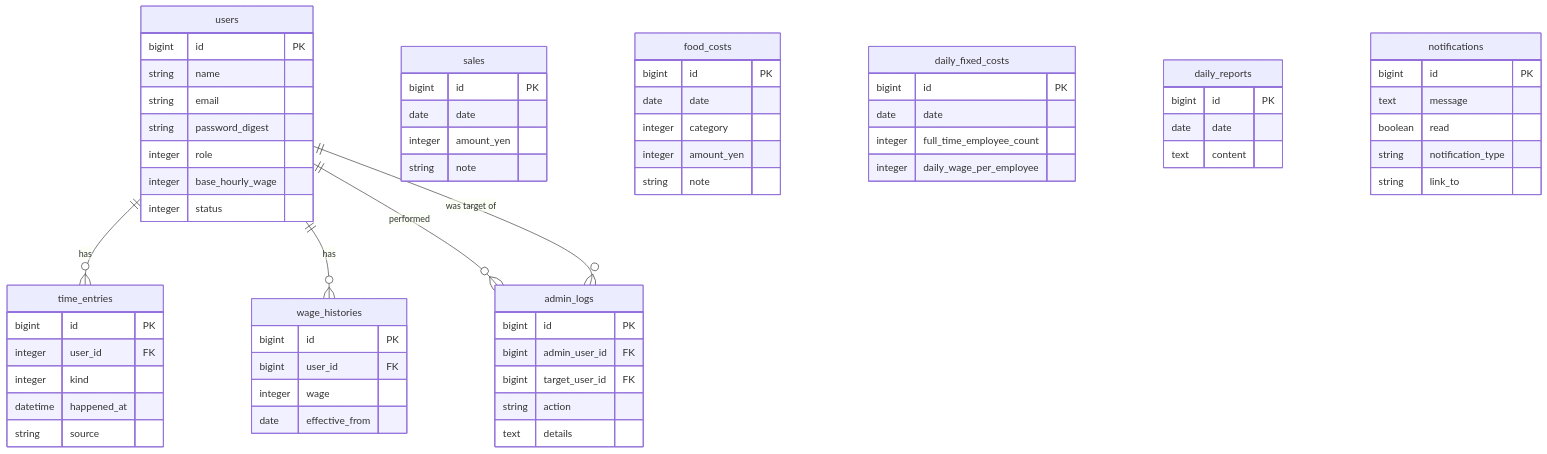
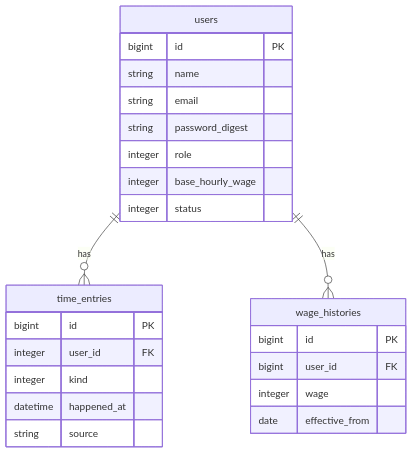
The first of 3 diagrams in README.md (ITOakr/kintai_api), drawn with Mermaid before and after one commit.

Commit message:
readme更新

````diff
--- a/README.md
+++ b/README.md
@@ -86,76 +88,27 @@
 ```mermaid
 erDiagram
     users {
         bigint id PK
         string name
         string email
         string password_digest
         integer role
         integer base_hourly_wage
         integer status
     }
-
     time_entries {
         bigint id PK
         integer user_id FK
         integer kind
         datetime happened_at
         string source
     }
-
     wage_histories {
         bigint id PK
         bigint user_id FK
         integer wage
         date effective_from
     }
-
-    admin_logs {
-        bigint id PK
-        bigint admin_user_id FK
-        bigint target_user_id FK
-        string action
-        text details
-    }
-
-    sales {
-        bigint id PK
-        date date
-        integer amount_yen
-        string note
-    }
-
-    food_costs {
-        bigint id PK
-        date date
-        integer category
-        integer amount_yen
-        string note
-    }
-
-    daily_fixed_costs {
-        bigint id PK
-        date date
-        integer full_time_employee_count
-        integer daily_wage_per_employee
-    }
-
-    daily_reports {
-        bigint id PK
-        date date
-        text content
-    }
-
-    notifications {
-        bigint id PK
-        text message
-        boolean read
-        string notification_type
-        string link_to
-    }
-
     users ||--o{ time_entries : "has"
     users ||--o{ wage_histories : "has"
-    users ||--o{ admin_logs : "performed"
-    users ||--o{ admin_logs : "was target of"
 ```
````
